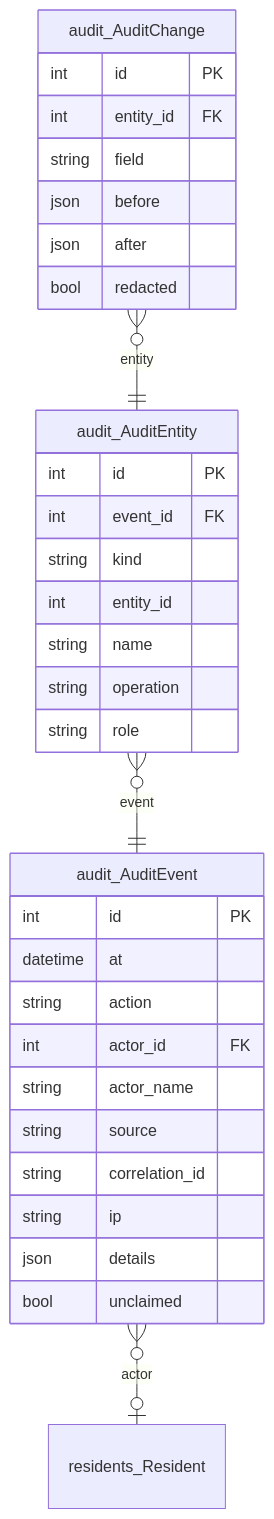
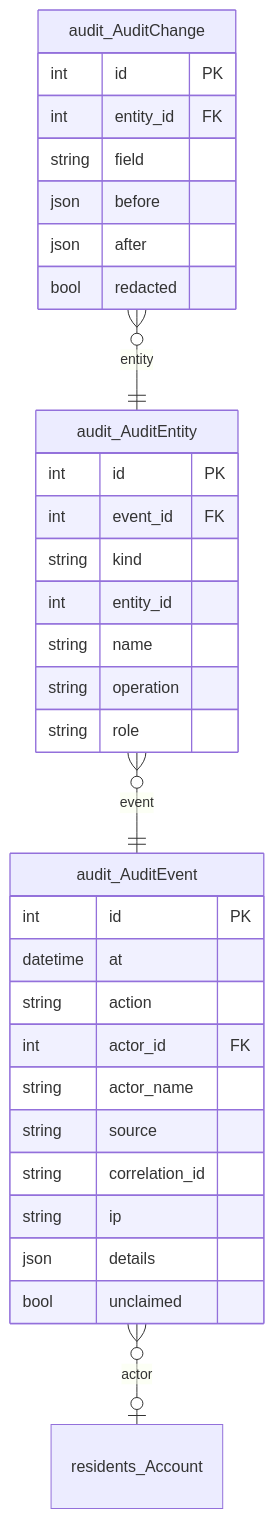
Before and after one commit to GAHK-org/gahk_intern: the fourth of 18 diagrams in docs/erd.md, drawn with Mermaid. The commit also changed other lines of this file and 148 other files, not shown here.

````diff
--- a/docs/erd.md
+++ b/docs/erd.md
@@ -1215,40 +1229,40 @@
 ```mermaid
 erDiagram
     audit_AuditEvent {
         int id PK
         datetime at
         string action
         int actor_id FK
         string actor_name
         string source
         string correlation_id
         string ip
         json details
         bool unclaimed
     }
 
     audit_AuditEntity {
         int id PK
         int event_id FK
         string kind
         int entity_id
         string name
         string operation
         string role
     }
 
     audit_AuditChange {
         int id PK
         int entity_id FK
         string field
         json before
         json after
         bool redacted
     }
 
-    residents_Resident { }
+    residents_Account { }
 
-    audit_AuditEvent }o--|o residents_Resident : "actor"
+    audit_AuditEvent }o--|o residents_Account : "actor"
     audit_AuditEntity }o--|| audit_AuditEvent : "event"
     audit_AuditChange }o--|| audit_AuditEntity : "entity"
 ```
````
